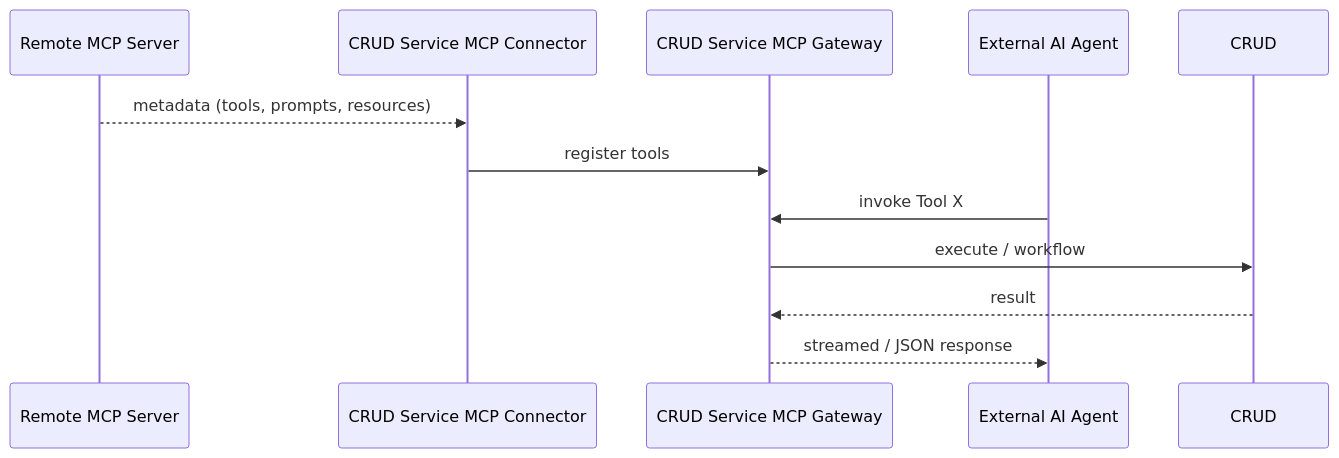
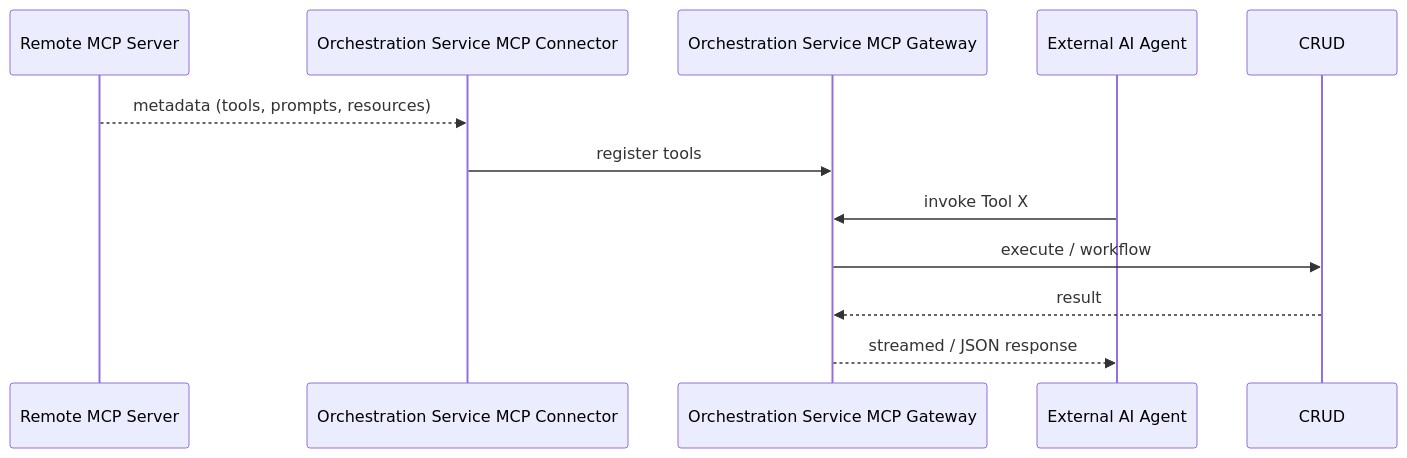
One commit to empowerID/empowernow_docs changed the diagram in source_content/mcp_integration_external.md. Above: the diagram before and after it, drawn with Mermaid. The commit also changed other lines of this file and 82 other files, not shown here.

````diff
--- a/source_content/mcp_integration_external.md
+++ b/source_content/mcp_integration_external.md
@@ -37,14 +37,14 @@
 ```mermaid
 sequenceDiagram
     participant Remote as Remote MCP Server
-    participant Connector as CRUD Service MCP Connector
-    participant Gateway as CRUD Service MCP Gateway
+    participant Connector as Orchestration Service MCP Connector
+    participant Gateway as Orchestration Service MCP Gateway
     participant Agent as External AI Agent
 
     Remote-->>Connector: metadata (tools, prompts, resources)
     Connector->>Gateway: register tools
     Agent->>Gateway: invoke Tool X
     Gateway->>CRUD: execute / workflow
     CRUD-->>Gateway: result
     Gateway-->>Agent: streamed / JSON response
 ```
````
